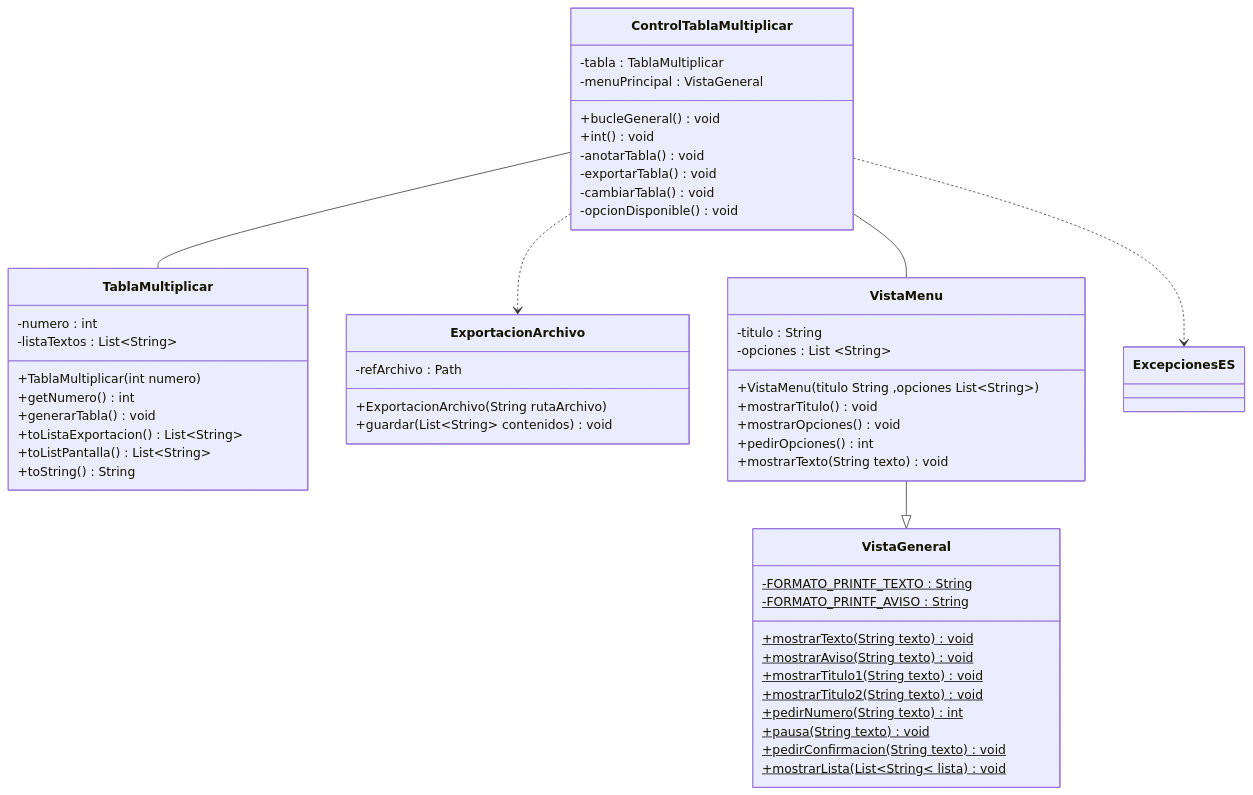
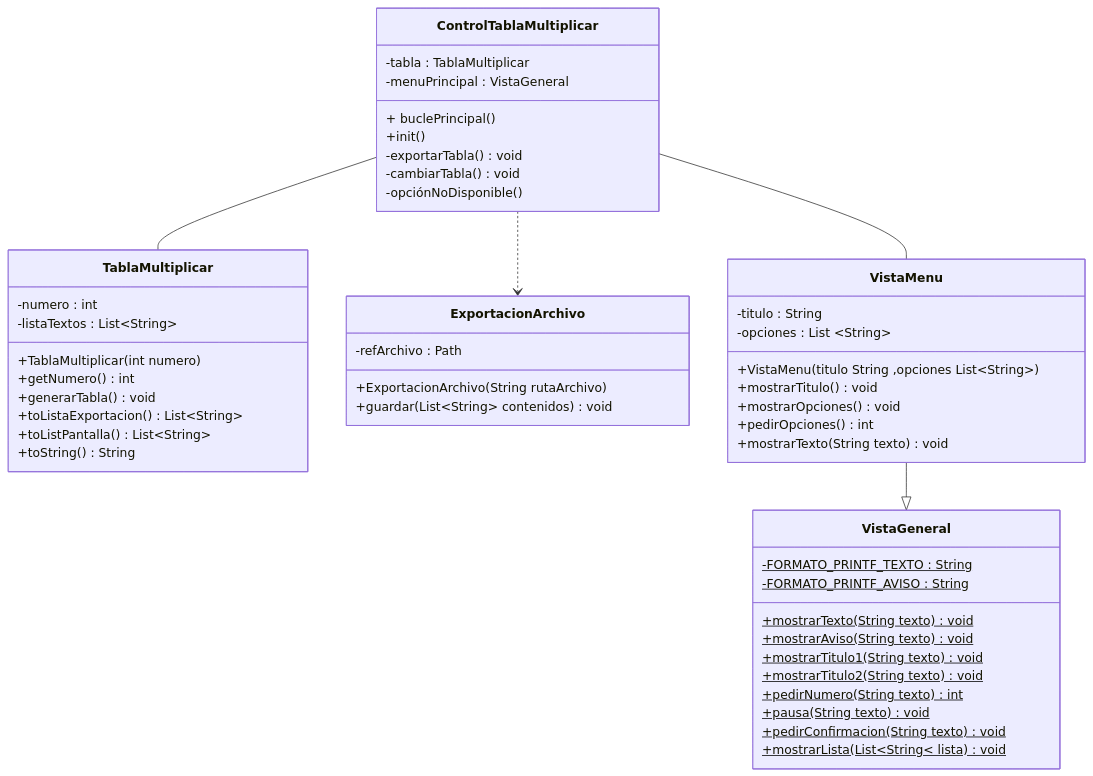
One commit to agatacabrerizo/ED20260305 changed the diagram in MapasUML/UMLTablaMultiplicar.md. Above: the diagram before and after it, drawn with Mermaid. The commit also changed 5 other files, not shown here.

````diff
--- a/MapasUML/UMLTablaMultiplicar.md
+++ b/MapasUML/UMLTablaMultiplicar.md
@@ -1,59 +1,57 @@
 ```mermaid
 classDiagram
     ControlTablaMultiplicar -- TablaMultiplicar 
     ControlTablaMultiplicar ..> ExportacionArchivo 
     ControlTablaMultiplicar -- VistaMenu
-    ControlTablaMultiplicar ..> ExcepcionesES
     VistaMenu --|> VistaGeneral
 
     class ControlTablaMultiplicar{
         -tabla : TablaMultiplicar
         -menuPrincipal : VistaGeneral
-        +bucleGeneral() void
-        +int() void
-		-anotarTabla() void
+       + buclePrincipal()
+        +init()
         -exportarTabla() void
         -cambiarTabla() void
-        -opcionDisponible() void
+         -opciónNoDisponible()
     }
 
     class TablaMultiplicar{
         -numero : int
         -listaTextos : List~String~
         +TablaMultiplicar(int numero)
         +getNumero() int
         +generarTabla() void
         +toListaExportacion() List&lt;String&gt;
         +toListPantalla() List&lt;String&gt;
         +toString() String
     }
 
     class ExportacionArchivo {
         -refArchivo : Path
         +ExportacionArchivo(String rutaArchivo)
         +guardar(List&lt;String&gt; contenidos) void
     }
 
     class VistaMenu{
         -titulo : String
         -opciones : List ~String~
         +VistaMenu(titulo String ,opciones List~String~ )
         +mostrarTitulo() void
         +mostrarOpciones() void
         +pedirOpciones() int
         +mostrarTexto(String texto) void
     }
 
     class VistaGeneral{
         -FORMATO_PRINTF_TEXTO : String$
         -FORMATO_PRINTF_AVISO : String$
         +mostrarTexto(String texto)$ void
         +mostrarAviso(String texto)$ void
         +mostrarTitulo1(String texto)$ void
         +mostrarTitulo2(String texto)$ void
         +pedirNumero(String texto)$ int
         +pausa(String texto)$ void
         +pedirConfirmacion(String texto)$ void
         +mostrarLista(List&lt;String&lt; lista)$ void
     }
 ```
````
